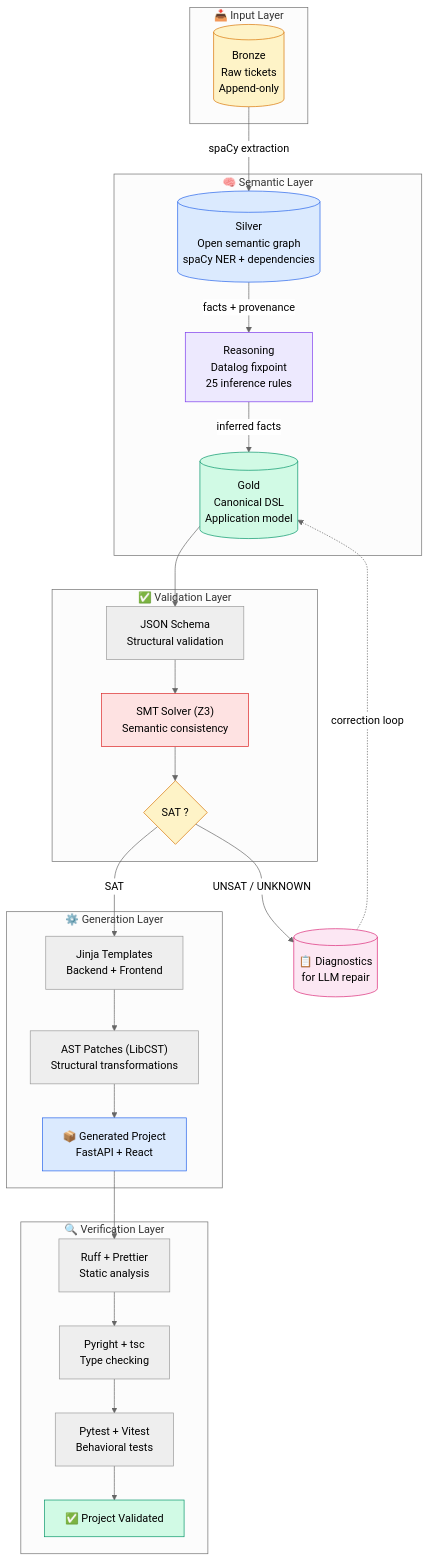
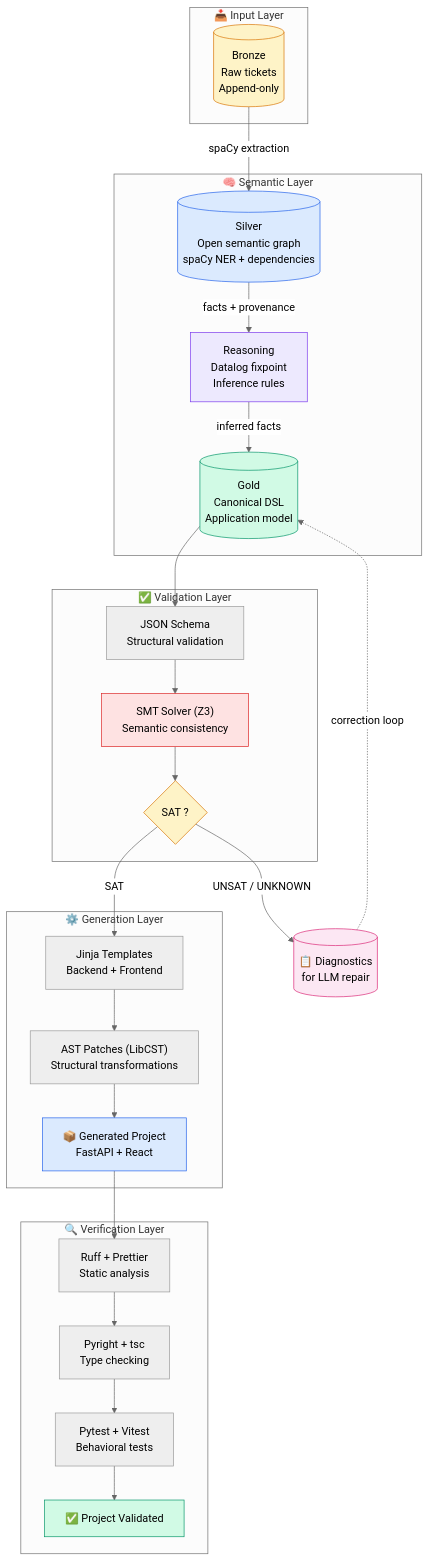
One commit to joanix2/LOF-Framework changed the second of 2 diagrams in README.md. Above: the diagram before and after it, drawn with Mermaid (neutral theme). The commit also changed 13 other files, not shown here.

````diff
--- a/README.md
+++ b/README.md
@@ -53,57 +53,57 @@
 ```mermaid
 flowchart TB
     subgraph Input["📥 Input Layer"]
         B[("Bronze<br/>Raw tickets<br/>Append-only")]
     end
 
     subgraph Semantic["🧠 Semantic Layer"]
         S[("Silver<br/>Open semantic graph<br/>spaCy NER + dependencies")]
-        R["Reasoning<br/>Datalog fixpoint<br/>25 inference rules"]
+        R["Reasoning<br/>Datalog fixpoint<br/>Inference rules"]
         G[("Gold<br/>Canonical DSL<br/>Application model")]
     end
 
     subgraph Validation["✅ Validation Layer"]
         SCHEMA["JSON Schema<br/>Structural validation"]
         SMT["SMT Solver (Z3)<br/>Semantic consistency"]
         DECIDE{"SAT ?"}
     end
 
     subgraph Generation["⚙️ Generation Layer"]
         T["Jinja Templates<br/>Backend + Frontend"]
         P["AST Patches (LibCST)<br/>Structural transformations"]
         PROJ["📦 Generated Project<br/>FastAPI + React"]
     end
 
     subgraph Verification["🔍 Verification Layer"]
         LINT["Ruff + Prettier<br/>Static analysis"]
         TYPE["Pyright + tsc<br/>Type checking"]
         TEST["Pytest + Vitest<br/>Behavioral tests"]
         VALID["✅ Project Validated"]
     end
 
     B -->|spaCy extraction| S
     S -->|facts + provenance| R
     R -->|inferred facts| G
     G --> SCHEMA
     SCHEMA --> SMT
     SMT --> DECIDE
     DECIDE -->|"UNSAT / UNKNOWN"| DIAG[("📋 Diagnostics<br/>for LLM repair")]
     DIAG -.->|correction loop| G
     DECIDE -->|SAT| T
     T --> P
     P --> PROJ
     PROJ --> LINT
     LINT --> TYPE
     TYPE --> TEST
     TEST --> VALID
 
     style B fill:#fef3c7,stroke:#d97706,color:#000
     style S fill:#dbeafe,stroke:#2563eb,color:#000
     style R fill:#ede9fe,stroke:#7c3aed,color:#000
     style G fill:#d1fae5,stroke:#059669,color:#000
     style SMT fill:#fee2e2,stroke:#dc2626,color:#000
     style DECIDE fill:#fef3c7,stroke:#d97706,color:#000
     style DIAG fill:#fce7f3,stroke:#db2777,color:#000
     style PROJ fill:#dbeafe,stroke:#2563eb,color:#000
     style VALID fill:#d1fae5,stroke:#059669,color:#000
 ```
````
